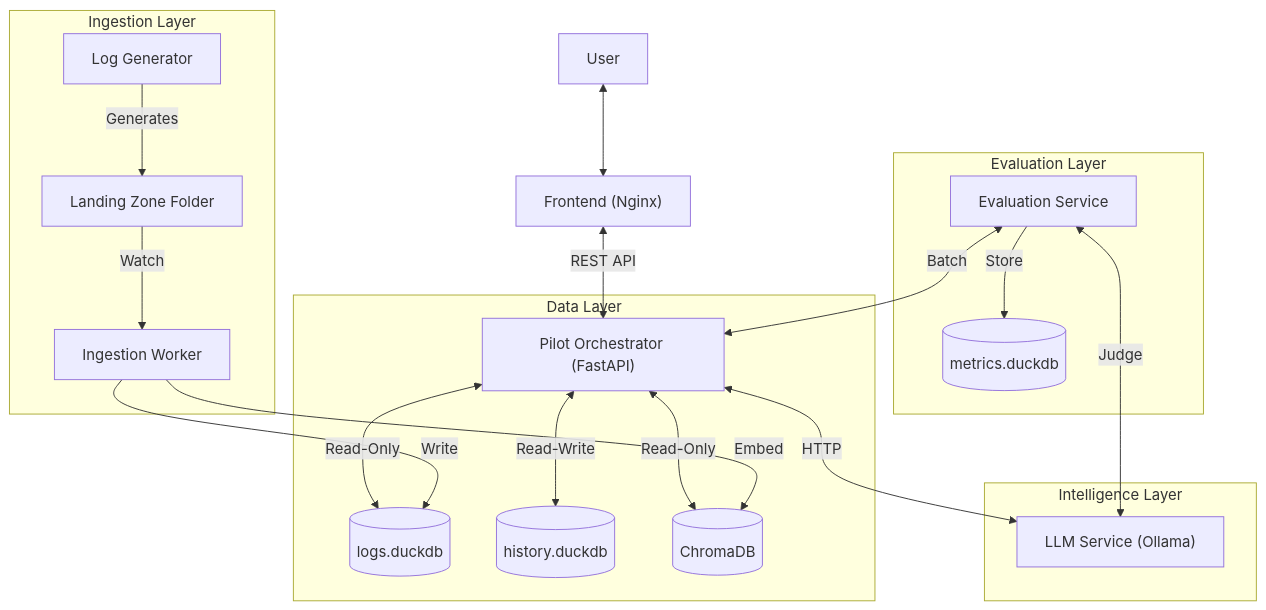
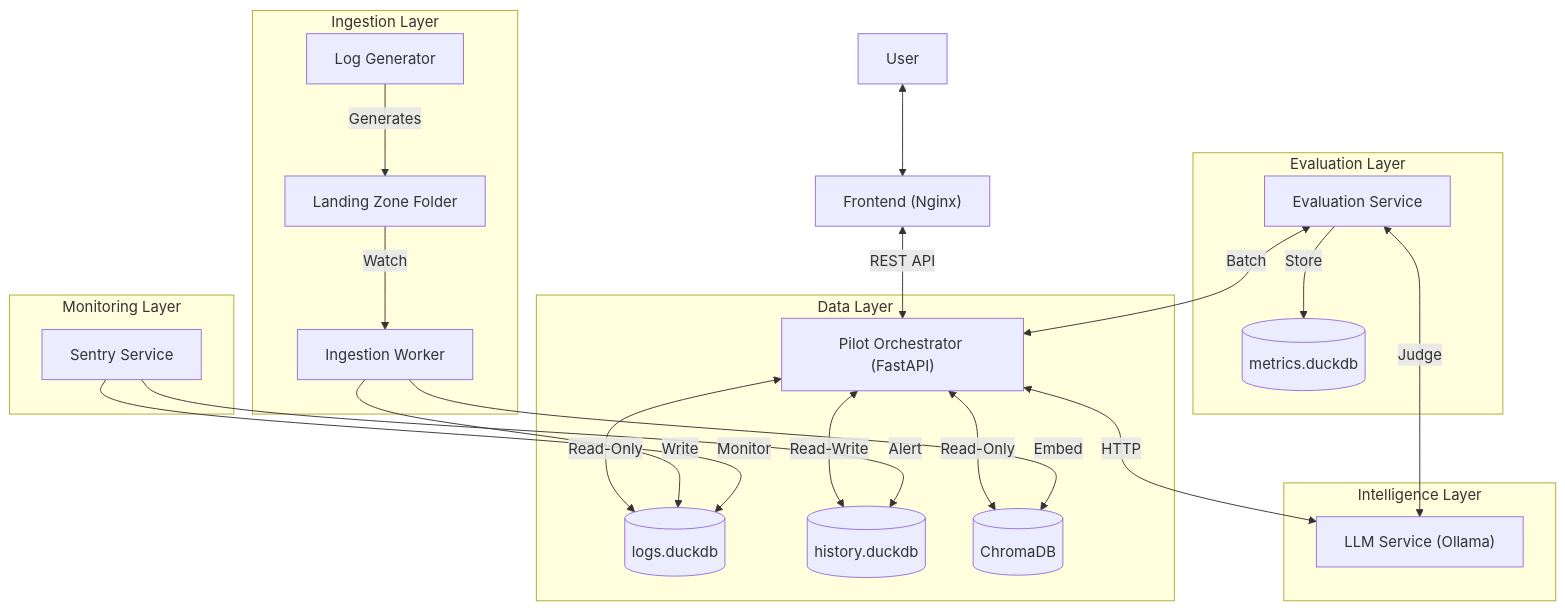
Before and after one commit to Jim-lan/log-pilot: the first of 4 diagrams in docs/architecture.md, drawn with Mermaid. The commit also changed other lines of this file and 7 other files, not shown here.

````diff
--- a/docs/architecture.md
+++ b/docs/architecture.md
@@ -7,28 +7,33 @@
 ```mermaid
 graph TD
     User[User] <--> Frontend["Frontend (Nginx)"]
     Frontend <--> |REST API| Pilot["Pilot Orchestrator (FastAPI)"]
     
     subgraph "Data Layer"
         Pilot <--> |Read-Only| LogsDB[(logs.duckdb)]
         Pilot <--> |Read-Write| HistoryDB[(history.duckdb)]
         Pilot <--> |Read-Only| VectorDB[(ChromaDB)]
     end
     
     subgraph "Ingestion Layer"
         Generator[Log Generator] --> |Generates| LandingZone[Landing Zone Folder]
         LandingZone --> |Watch| Worker[Ingestion Worker]
         Worker --> |Write| LogsDB
         Worker --> |Embed| VectorDB
     end
     
     subgraph "Intelligence Layer"
         Pilot <--> |HTTP| LLM["LLM Service (Ollama)"]
     end
 
     subgraph "Evaluation Layer"
         Eval[Evaluation Service] <--> |Batch| Pilot
         Eval <--> |Judge| LLM
         Eval --> |Store| MetricsDB[(metrics.duckdb)]
     end
+
+    subgraph "Monitoring Layer"
+        Sentry[Sentry Service] --> |Monitor| LogsDB
+        Sentry --> |Alert| HistoryDB
+    end
 ```
````
